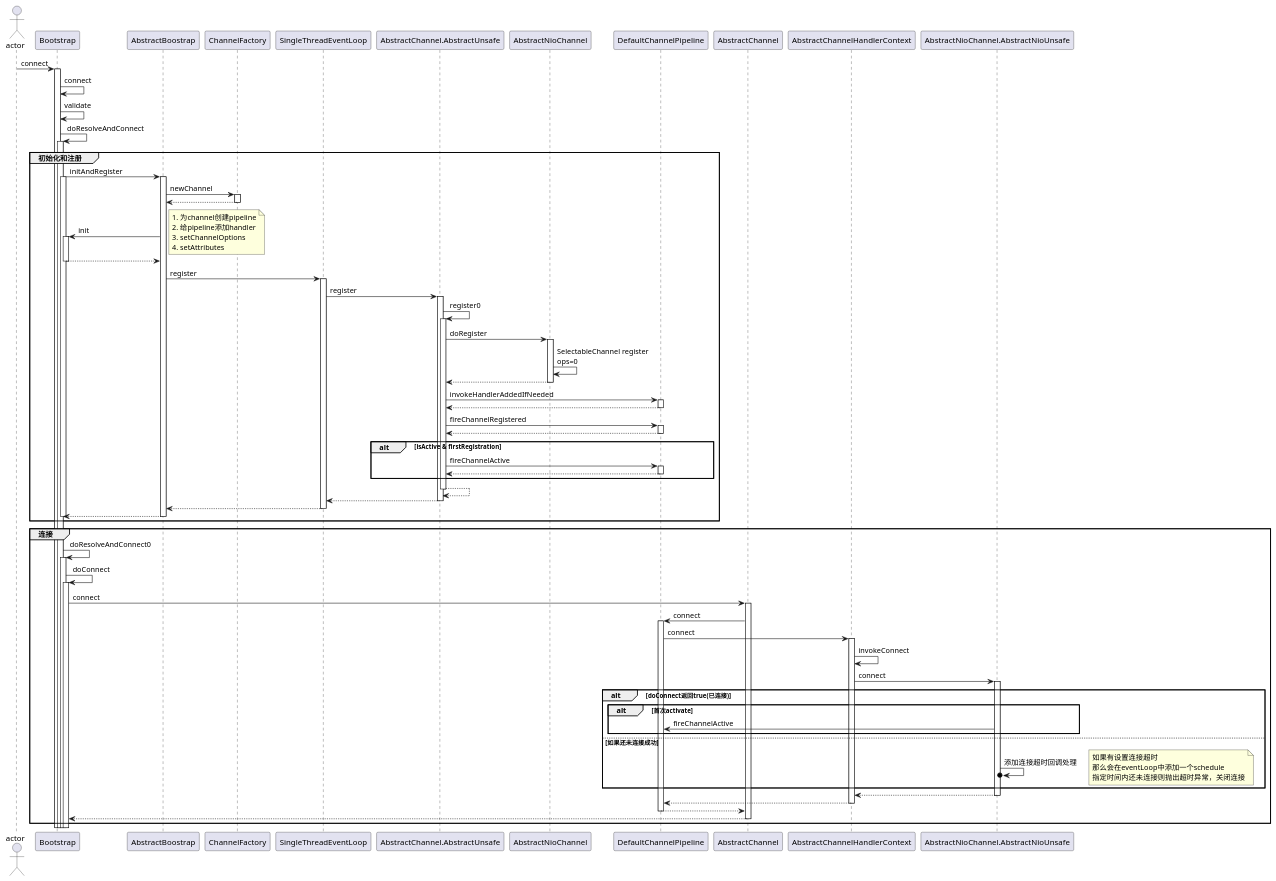
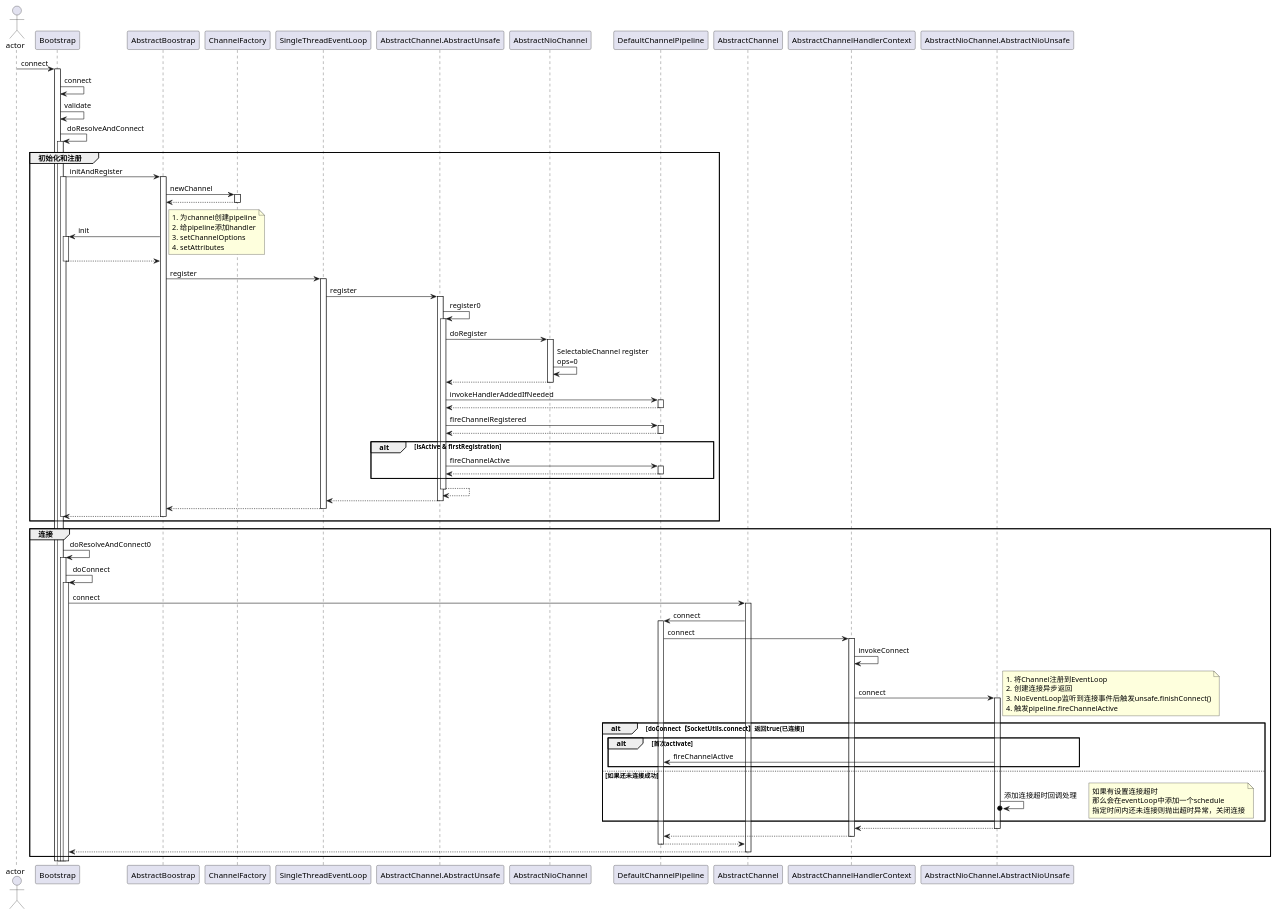
Before and after one commit to icankeep/netty-http-server-demo: the diagram in docs/Bootstrap connect流程.puml, drawn with PlantUML. The commit also changed 1 other file, not shown here.

Commit message:
update sequence diagram

```diff
--- a/docs/Bootstrap connect流程.puml
+++ b/docs/Bootstrap connect流程.puml
@@ -1,87 +1,93 @@
 @startuml
 Actor actor
 actor -> Bootstrap: connect
 activate Bootstrap
 Bootstrap -> Bootstrap: connect
 Bootstrap -> Bootstrap: validate
 Bootstrap -> Bootstrap: doResolveAndConnect
 
 group 初始化和注册
     activate Bootstrap
     Bootstrap -> AbstractBoostrap: initAndRegister
     activate Bootstrap
     activate AbstractBoostrap
     AbstractBoostrap -> ChannelFactory: newChannel
     activate ChannelFactory
     ChannelFactory --> AbstractBoostrap
     deactivate ChannelFactory
     AbstractBoostrap -> Bootstrap: init
         note right
             1. 为channel创建pipeline
             2. 给pipeline添加handler
             3. setChannelOptions
             4. setAttributes
         end note
     activate Bootstrap
     return
     AbstractBoostrap -> SingleThreadEventLoop: register
     activate SingleThreadEventLoop
     SingleThreadEventLoop -> AbstractChannel.AbstractUnsafe: register
     activate AbstractChannel.AbstractUnsafe
     AbstractChannel.AbstractUnsafe -> AbstractChannel.AbstractUnsafe: register0
     activate AbstractChannel.AbstractUnsafe
     AbstractChannel.AbstractUnsafe -> AbstractNioChannel: doRegister
     activate AbstractNioChannel
     AbstractNioChannel -> AbstractNioChannel: SelectableChannel register\nops=0
     AbstractNioChannel --> AbstractChannel.AbstractUnsafe
     deactivate AbstractNioChannel
     AbstractChannel.AbstractUnsafe -> DefaultChannelPipeline: invokeHandlerAddedIfNeeded
     activate DefaultChannelPipeline
     return
     AbstractChannel.AbstractUnsafe -> DefaultChannelPipeline: fireChannelRegistered
     activate DefaultChannelPipeline
     return
     alt isActive & firstRegistration
         AbstractChannel.AbstractUnsafe -> DefaultChannelPipeline: fireChannelActive
         activate DefaultChannelPipeline
         return
     end
     return
     return
     return
     return
     deactivate Bootstrap
 end
 
 group 连接
     Bootstrap -> Bootstrap: doResolveAndConnect0
     activate Bootstrap
     Bootstrap -> Bootstrap: doConnect
     activate Bootstrap
     Bootstrap -> AbstractChannel: connect
     activate AbstractChannel
     AbstractChannel -> DefaultChannelPipeline: connect
     activate DefaultChannelPipeline
     DefaultChannelPipeline -> AbstractChannelHandlerContext: connect
     activate AbstractChannelHandlerContext
     AbstractChannelHandlerContext -> AbstractChannelHandlerContext: invokeConnect
     AbstractChannelHandlerContext -> AbstractNioChannel.AbstractNioUnsafe: connect
     activate AbstractNioChannel.AbstractNioUnsafe
-    alt doConnect返回true(已连接)
+    alt doConnect【SocketUtils.connect】返回true(已连接)
+        note right
+            1. 将Channel注册到EventLoop
+            2. 创建连接异步返回
+            3. NioEventLoop监听到连接事件后触发unsafe.finishConnect()
+            4. 触发pipeline.fireChannelActive
+        end note
         alt 首次activate
             AbstractNioChannel.AbstractNioUnsafe -> DefaultChannelPipeline: fireChannelActive
         end
     else 如果还未连接成功
         AbstractNioChannel.AbstractNioUnsafe ->o AbstractNioChannel.AbstractNioUnsafe: 添加连接超时回调处理
             note right
                 如果有设置连接超时
                 那么会在eventLoop中添加一个schedule
                 指定时间内还未连接则抛出超时异常，关闭连接
             end note
     end
     return
     return
     return
     return
 end
 @enduml
```
